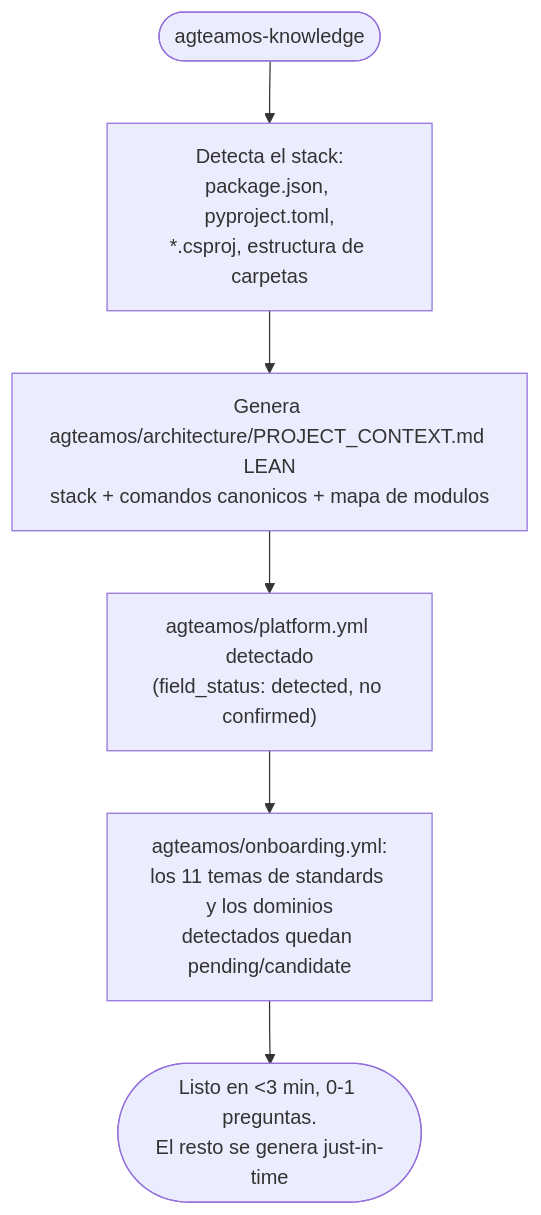
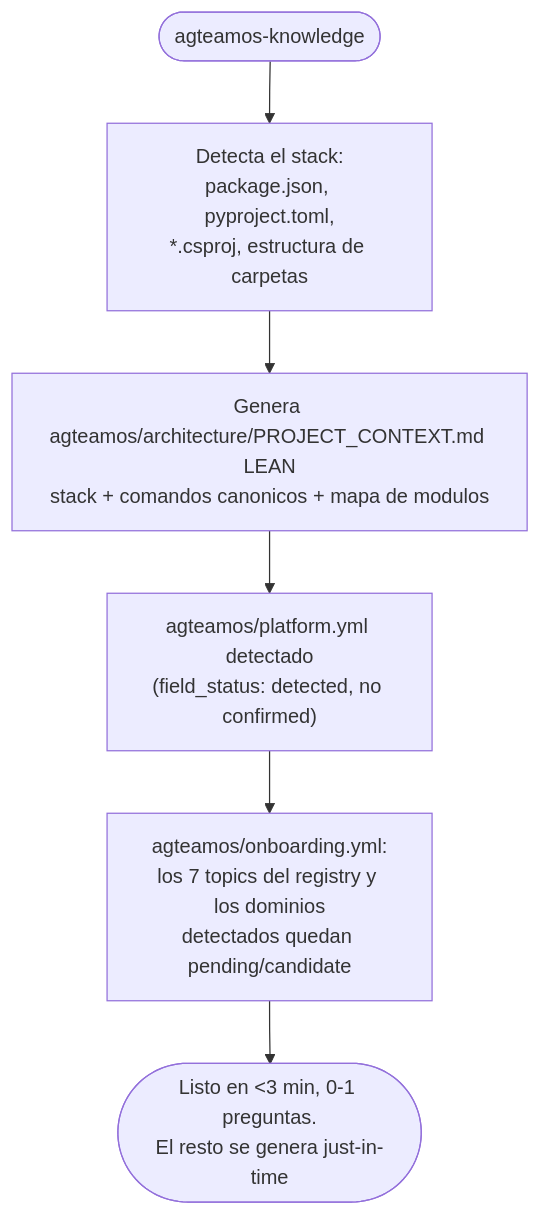
One commit to EJBereguete/claude-plugins changed the diagram in agteamos/docs/primeros-pasos/04-adoptar-proyecto-existente.md. Above: the diagram before and after it, drawn with Mermaid. The commit also changed other lines of this file and 135 other files, not shown here.

````diff
--- a/agteamos/docs/primeros-pasos/04-adoptar-proyecto-existente.md
+++ b/agteamos/docs/primeros-pasos/04-adoptar-proyecto-existente.md
@@ -19,8 +19,8 @@
 ```mermaid
 flowchart TD
     START([agteamos-knowledge]) --> DETECT["Detecta el stack:\npackage.json, pyproject.toml,\n*.csproj, estructura de carpetas"]
     DETECT --> CTX["Genera agteamos/architecture/PROJECT_CONTEXT.md LEAN\nstack + comandos canonicos + mapa de modulos"]
     CTX --> PLATFORM["agteamos/platform.yml detectado\n(field_status: detected, no confirmed)"]
-    PLATFORM --> MANIFEST["agteamos/onboarding.yml:\nlos 11 temas de standards y los dominios\ndetectados quedan pending/candidate"]
+    PLATFORM --> MANIFEST["agteamos/onboarding.yml:\nlos 7 topics del registry y los dominios\ndetectados quedan pending/candidate"]
     MANIFEST --> DONE([Listo en <3 min, 0-1 preguntas.\nEl resto se genera just-in-time])
 ```
````
